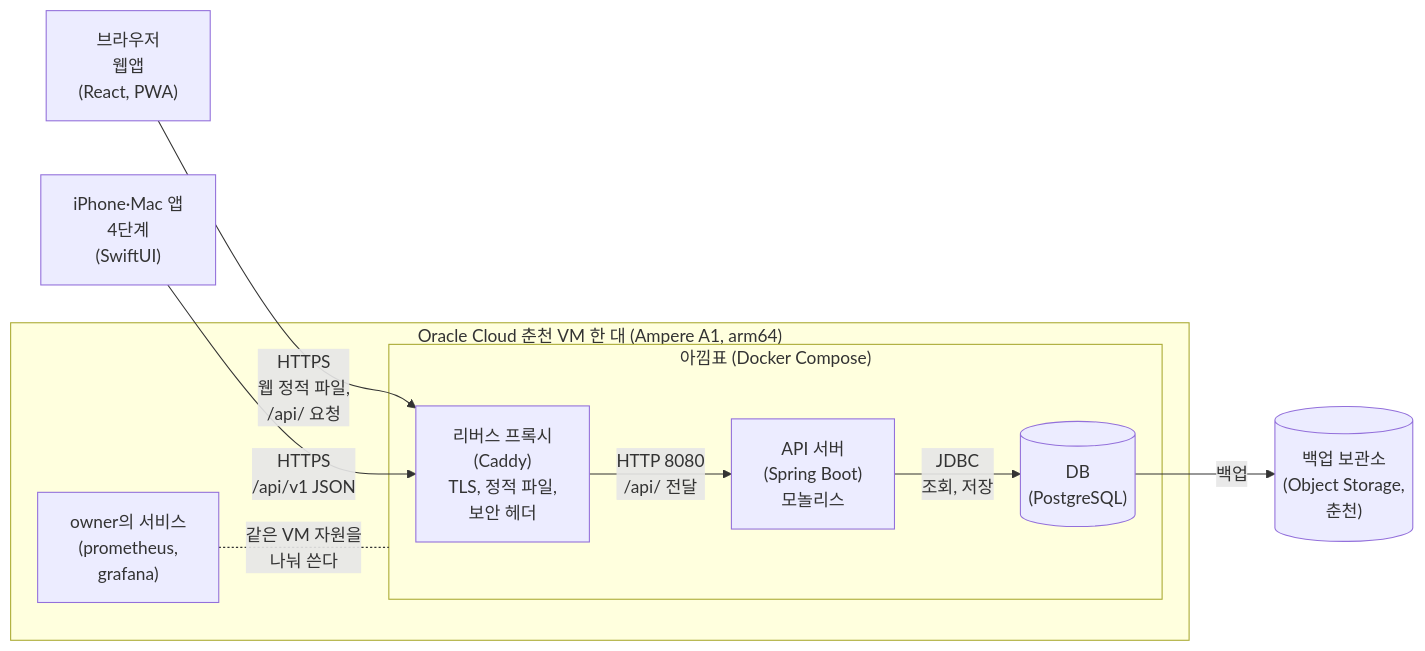
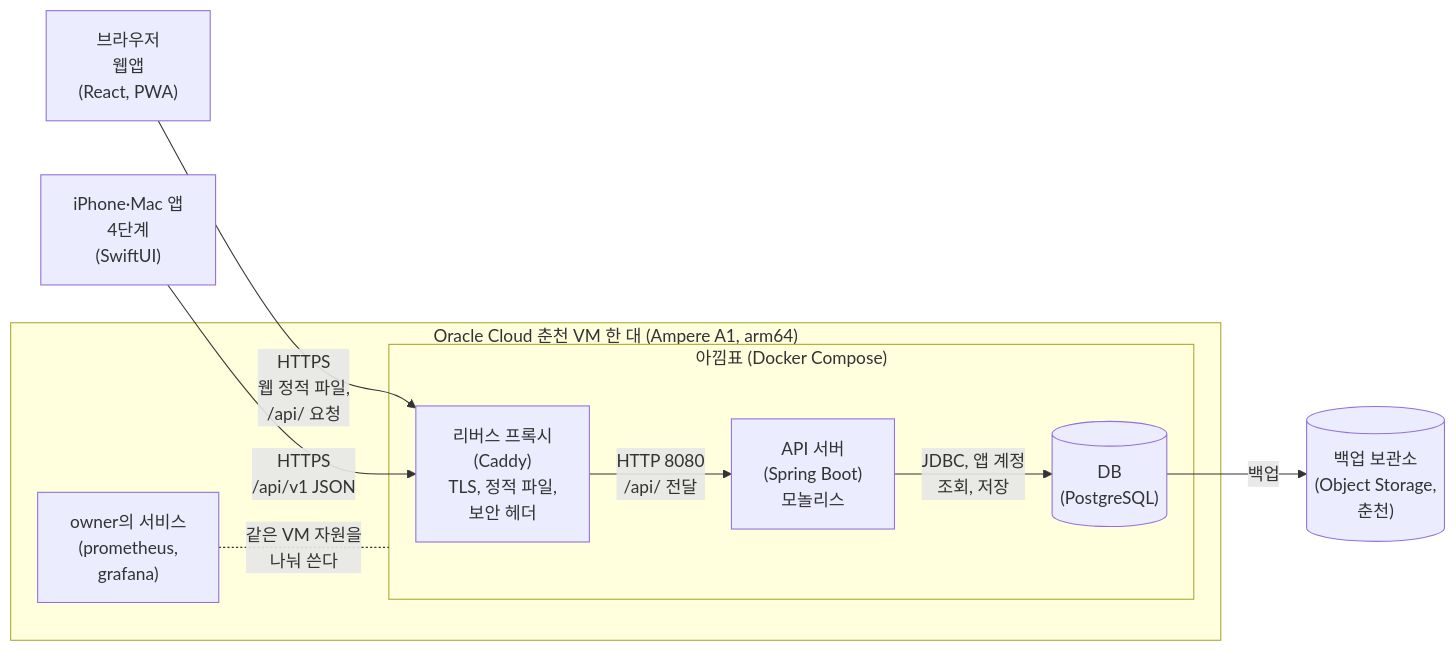
The diagram in docs/adr/005-deployment-topology.md (lomong7807/akkimpyo), drawn with Mermaid before and after one commit. The commit also changed other lines of this file, not shown here.

````diff
--- a/docs/adr/005-deployment-topology.md
+++ b/docs/adr/005-deployment-topology.md
@@ -38,23 +41,23 @@
 ```mermaid
 flowchart LR
     browser["브라우저<br/>웹앱<br/>(React, PWA)"]
     native["iPhone·Mac 앱<br/>4단계<br/>(SwiftUI)"]
 
     subgraph vm["Oracle Cloud 춘천 VM 한 대 (Ampere A1, arm64)"]
         subgraph akkimpyo["아낌표 (Docker Compose)"]
             proxy["리버스 프록시<br/>(Caddy)<br/>TLS, 정적 파일,<br/>보안 헤더"]
             api["API 서버<br/>(Spring Boot)<br/>모놀리스"]
             db[("DB<br/>(PostgreSQL)")]
         end
         monitoring["owner의 서비스<br/>(prometheus,<br/>grafana)"]
     end
 
     backup[("백업 보관소<br/>(Object Storage,<br/>춘천)")]
 
     browser -->|"HTTPS<br/>웹 정적 파일,<br/>/api/ 요청"| proxy
     native -->|"HTTPS<br/>/api/v1 JSON"| proxy
     proxy -->|"HTTP 8080<br/>/api/ 전달"| api
-    api -->|"JDBC<br/>조회, 저장"| db
+    api -->|"JDBC, 앱 계정<br/>조회, 저장"| db
     db -->|"백업"| backup
     monitoring -.-|"같은 VM 자원을<br/>나눠 쓴다"| akkimpyo
 ```
````
